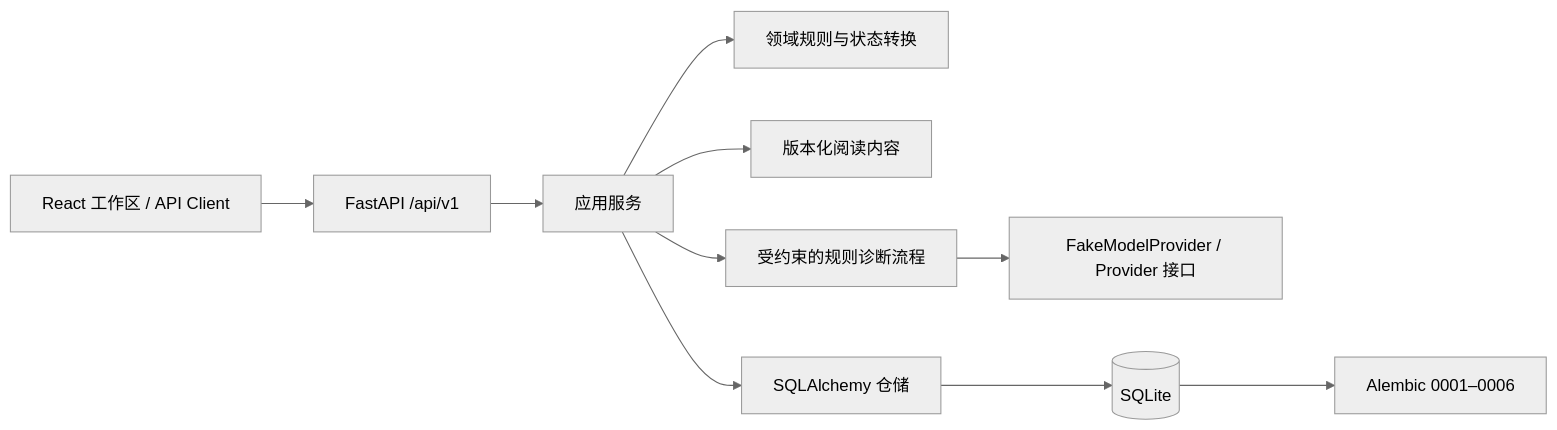
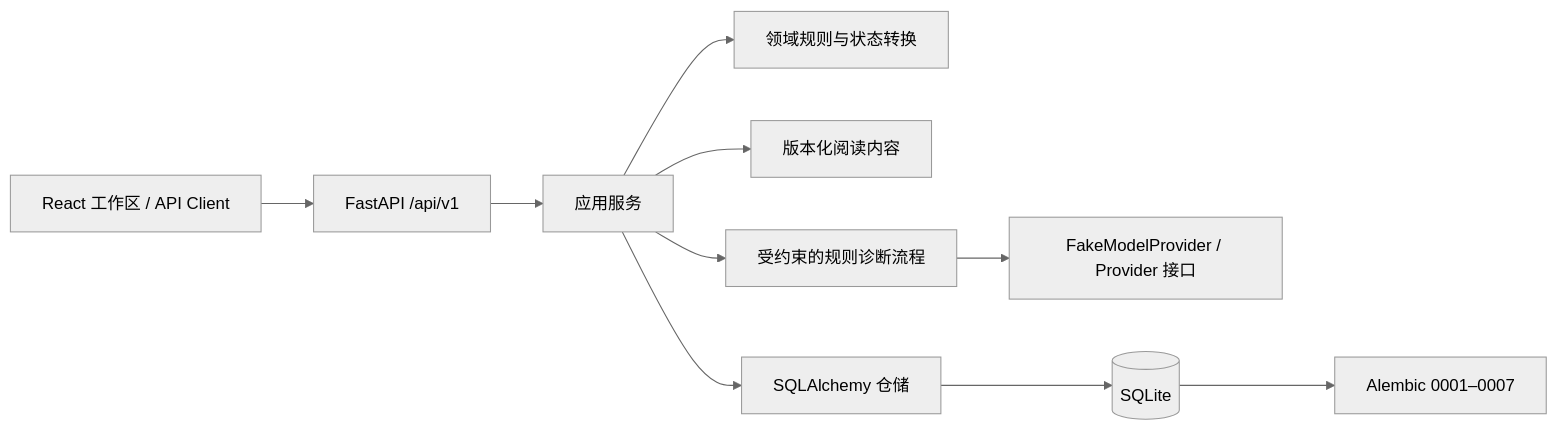
Before and after one commit to KaoruMiyagawa/UnlearnLoop: the diagram in docs/architecture/CURRENT_ARCHITECTURE.md, drawn with Mermaid (neutral theme). The commit also changed other lines of this file and 52 other files, not shown here.

````diff
--- a/docs/architecture/CURRENT_ARCHITECTURE.md
+++ b/docs/architecture/CURRENT_ARCHITECTURE.md
@@ -13,12 +13,12 @@
 ```mermaid
 flowchart LR
     UI[React 工作区 / API Client] --> API[FastAPI /api/v1]
     API --> APP[应用服务]
     APP --> DOMAIN[领域规则与状态转换]
     APP --> CONTENT[版本化阅读内容]
     APP --> AGENT[受约束的规则诊断流程]
     AGENT --> PROVIDER[FakeModelProvider / Provider 接口]
     APP --> REPO[SQLAlchemy 仓储]
     REPO --> DB[(SQLite)]
-    DB --> MIG[Alembic 0001–0006]
+    DB --> MIG[Alembic 0001–0007]
 ```
````
